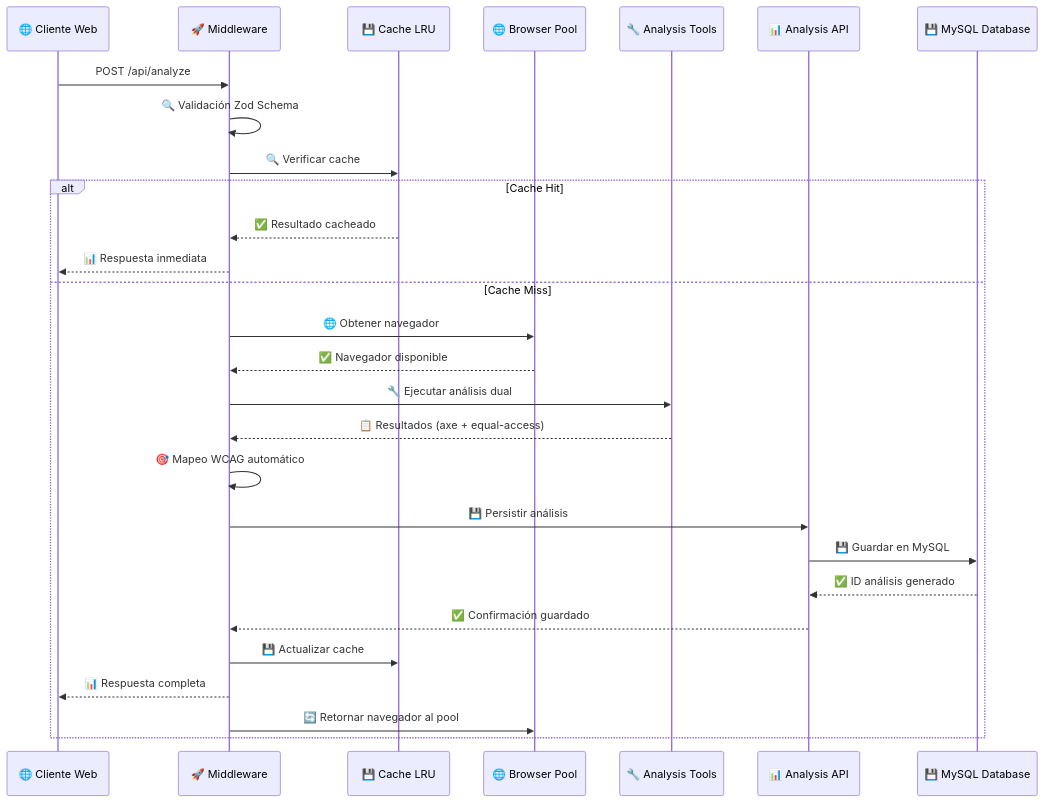
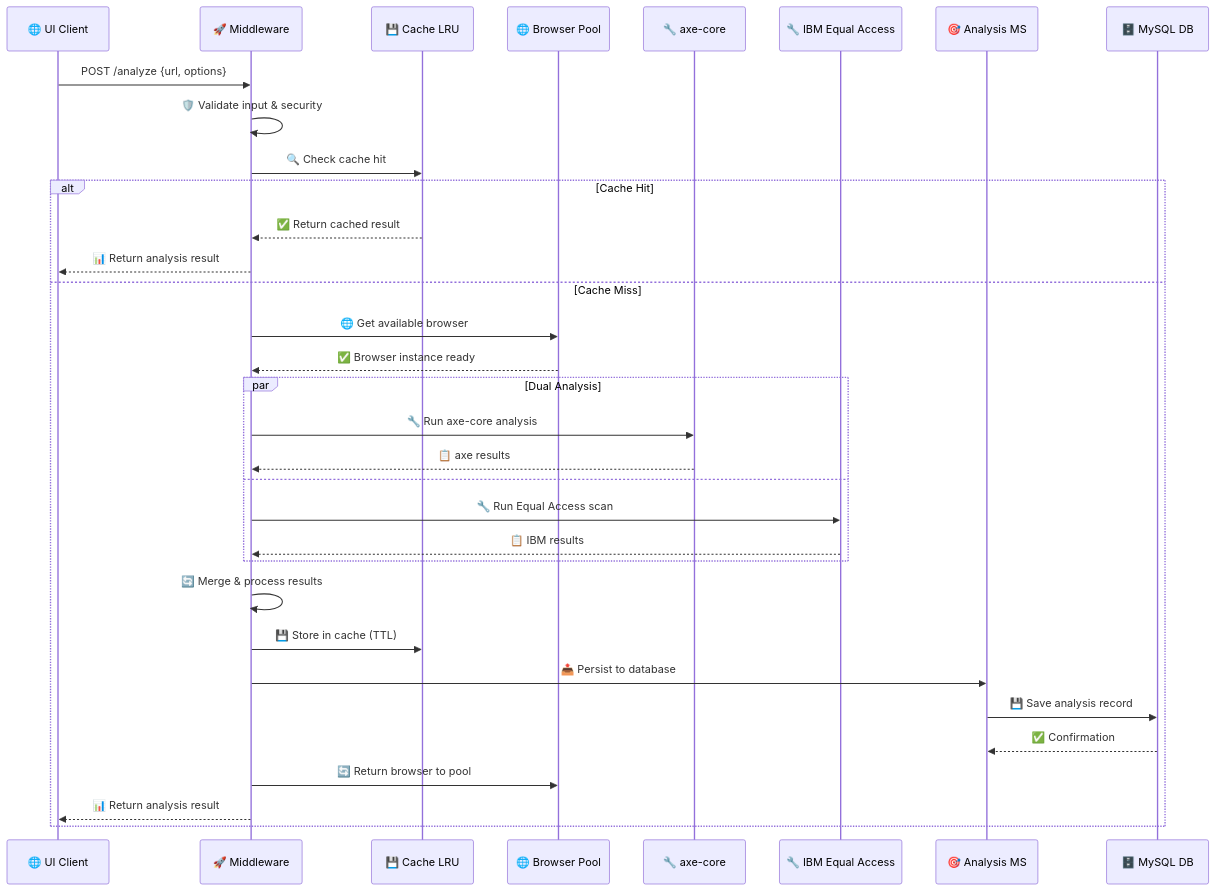
One commit to magodeveloper/accessibility-mw changed the diagram in README.md. Above: the diagram before and after it, drawn with Mermaid. The commit also changed other lines of this file, not shown here.

````diff
--- a/README.md
+++ b/README.md
@@ -214,32 +216,39 @@
 ```mermaid
 sequenceDiagram
-    participant Cliente as 🌐 Cliente Web
+    participant UI as 🌐 UI Client
     participant MW as 🚀 Middleware
-    participant Cache as 💾 Cache LRU
-    participant Pool as 🌐 Browser Pool
-    participant Tools as 🔧 Analysis Tools
-    participant API as 📊 Analysis API
-    participant DB as 💾 MySQL Database
-
-    Cliente->>MW: POST /api/analyze
-    MW->>MW: 🔍 Validación Zod Schema
-    MW->>Cache: 🔍 Verificar cache
+    participant CACHE as 💾 Cache LRU
+    participant POOL as 🌐 Browser Pool
+    participant AXE as 🔧 axe-core
+    participant IBM as 🔧 IBM Equal Access
+    participant MS as 🎯 Analysis MS
+    participant DB as 🗄️ MySQL DB
+    
+    UI->>MW: POST /analyze {url, options}
+    MW->>MW: 🛡️ Validate input & security
+    MW->>CACHE: 🔍 Check cache hit
     
     alt Cache Hit
-        Cache-->>MW: ✅ Resultado cacheado
-        MW-->>Cliente: 📊 Respuesta inmediata
+        CACHE-->>MW: ✅ Return cached result
+        MW-->>UI: 📊 Return analysis result
     else Cache Miss
-        MW->>Pool: 🌐 Obtener navegador
-        Pool-->>MW: ✅ Navegador disponible
-        MW->>Tools: 🔧 Ejecutar análisis dual
-        Tools-->>MW: 📋 Resultados (axe + equal-access)
-        MW->>MW: 🎯 Mapeo WCAG automático
-        MW->>API: 💾 Persistir análisis
-        API->>DB: 💾 Guardar en MySQL
-        DB-->>API: ✅ ID análisis generado
-        API-->>MW: ✅ Confirmación guardado
-        MW->>Cache: 💾 Actualizar cache
-        MW-->>Cliente: 📊 Respuesta completa
-        MW->>Pool: 🔄 Retornar navegador al pool
+        MW->>POOL: 🌐 Get available browser
+        POOL-->>MW: ✅ Browser instance ready
+        
+        par Dual Analysis
+            MW->>AXE: 🔧 Run axe-core analysis
+            AXE-->>MW: 📋 axe results
+        and
+            MW->>IBM: 🔧 Run Equal Access scan
+            IBM-->>MW: 📋 IBM results
+        end
+        
+        MW->>MW: 🔄 Merge & process results
+        MW->>CACHE: 💾 Store in cache (TTL)
+        MW->>MS: 📤 Persist to database
+        MS->>DB: 💾 Save analysis record
+        DB-->>MS: ✅ Confirmation
+        MW->>POOL: 🔄 Return browser to pool
+        MW-->>UI: 📊 Return analysis result
     end
 ```
````
